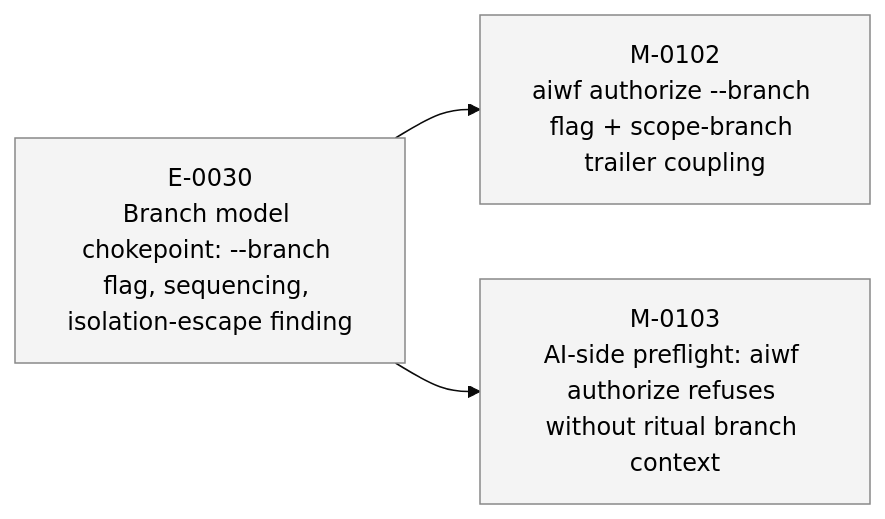
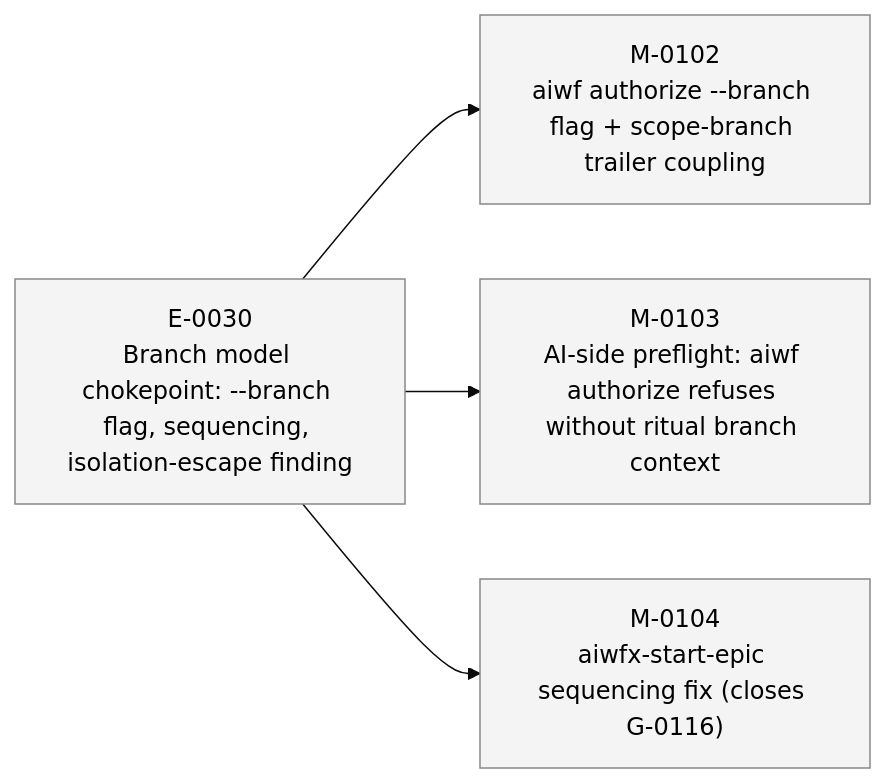
One commit to 23min/aiwf changed the fourth of 4 diagrams in STATUS.md. Above: the diagram before and after it, drawn with Mermaid (base theme). The commit also changed other lines of this file and 1 other file, not shown here.

First line of the commit message:
aiwf add milestone M-0104 "aiwfx-start-epic sequencing fix (closes G-0116)"

````diff
--- a/STATUS.md
+++ b/STATUS.md
@@ -95,14 +96,16 @@
 ```mermaid
 flowchart LR
   E_0030["E-0030<br/>Branch model chokepoint: --branch flag, sequencing, isolation-escape finding"]:::epic_proposed
   M_0102["M-0102<br/>aiwf authorize --branch flag + scope-branch trailer coupling"]:::ms_draft
   E_0030 --> M_0102
   M_0103["M-0103<br/>AI-side preflight: aiwf authorize refuses without ritual branch context"]:::ms_draft
   E_0030 --> M_0103
+  M_0104["M-0104<br/>aiwfx-start-epic sequencing fix (closes G-0116)"]:::ms_draft
+  E_0030 --> M_0104
   classDef epic_active fill:#d6eaff,stroke:#1a73e8,color:#000
   classDef epic_proposed fill:#f4f4f4,stroke:#888,color:#000
   classDef ms_done fill:#d8f5d8,stroke:#2a8a2a,color:#000
   classDef ms_in_progress fill:#fff3c4,stroke:#caa400,color:#000
   classDef ms_draft fill:#f4f4f4,stroke:#888,color:#000
   classDef ms_cancelled fill:#fbeaea,stroke:#c33,color:#000
 ```
````
